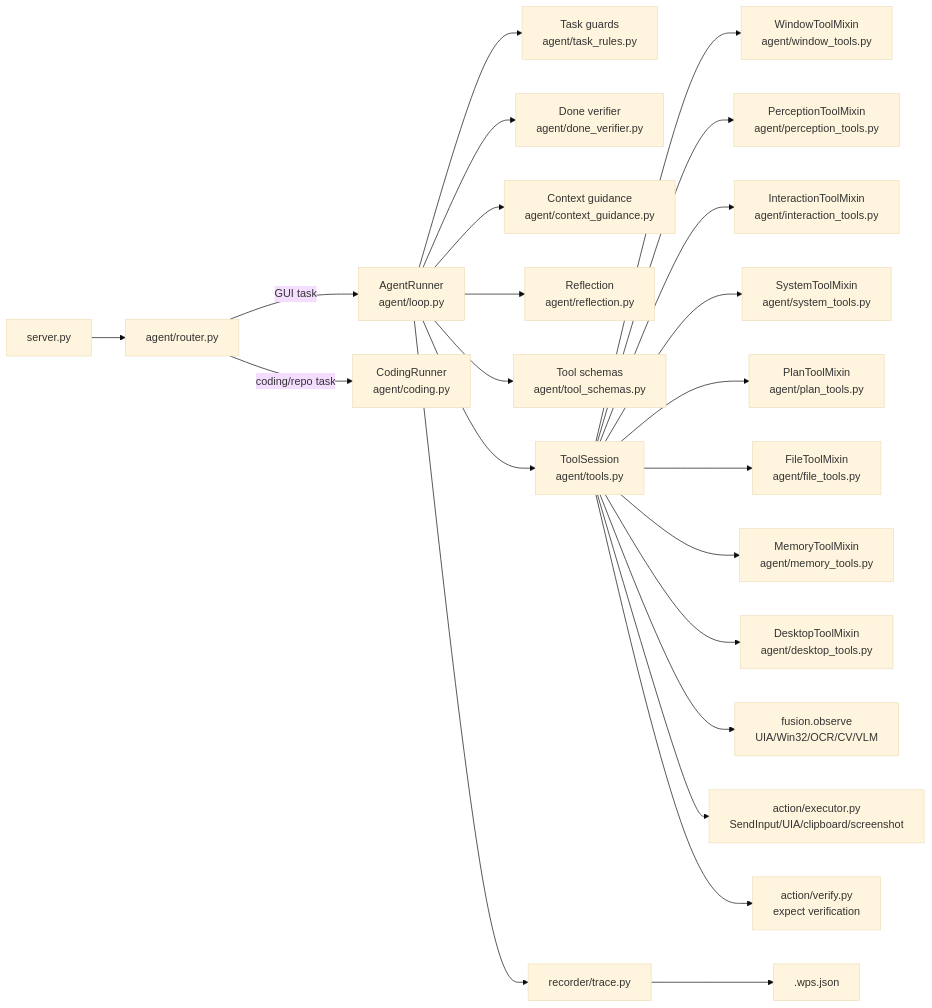
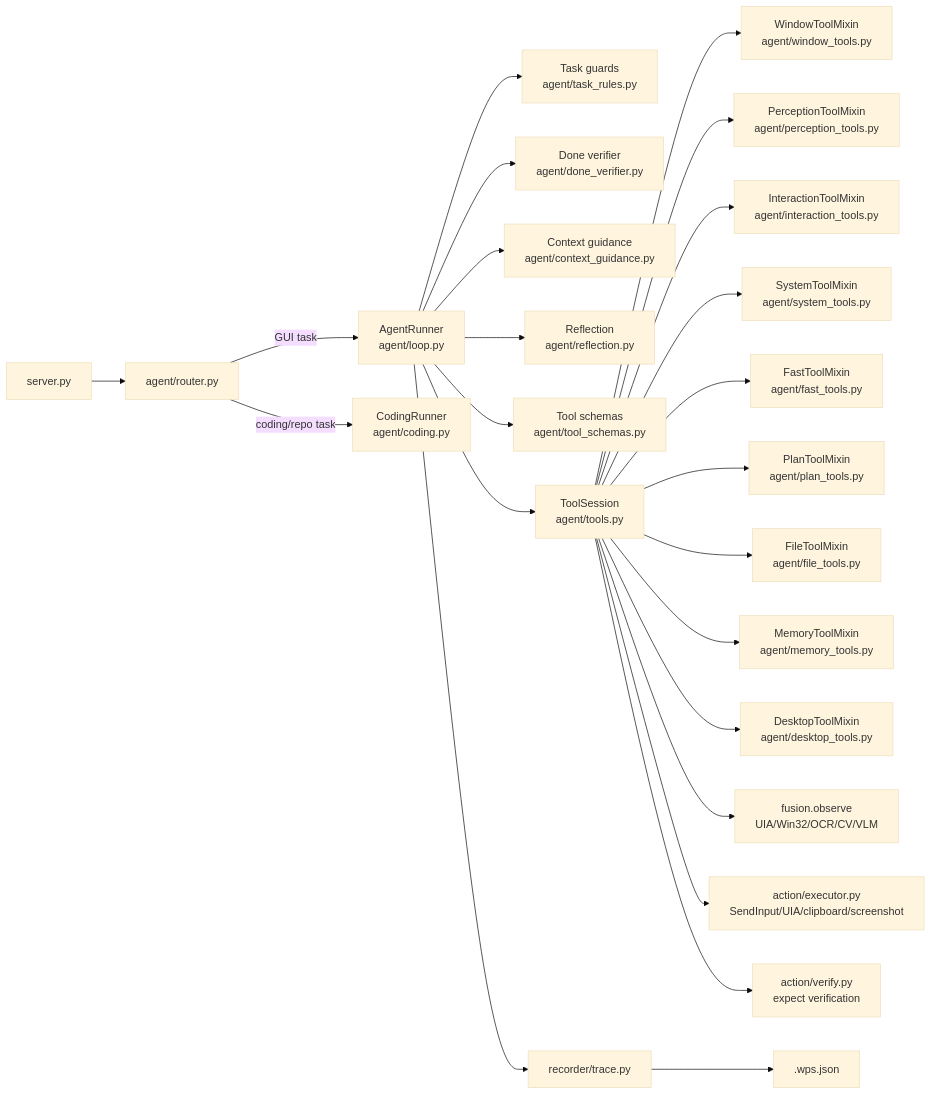
One commit to zoujiapeng/lingdong-script changed the second of 3 diagrams in docs/architecture.md. Above: the diagram before and after it, drawn with Mermaid (base theme). The commit also changed other lines of this file and 7 other files, not shown here.

````diff
--- a/docs/architecture.md
+++ b/docs/architecture.md
@@ -40,25 +40,26 @@
 ```mermaid
 flowchart LR
     server["server.py"] --> router["agent/router.py"]
     router -->|"GUI task"| loop["AgentRunner<br/>agent/loop.py"]
     router -->|"coding/repo task"| coding["CodingRunner<br/>agent/coding.py"]
     loop --> rules["Task guards<br/>agent/task_rules.py"]
     loop --> donev["Done verifier<br/>agent/done_verifier.py"]
     loop --> context["Context guidance<br/>agent/context_guidance.py"]
     loop --> reflect["Reflection<br/>agent/reflection.py"]
     loop --> schemas["Tool schemas<br/>agent/tool_schemas.py"]
     loop --> tools["ToolSession<br/>agent/tools.py"]
     tools --> windowtools["WindowToolMixin<br/>agent/window_tools.py"]
     tools --> perceptiontools["PerceptionToolMixin<br/>agent/perception_tools.py"]
     tools --> interactiontools["InteractionToolMixin<br/>agent/interaction_tools.py"]
     tools --> systemtools["SystemToolMixin<br/>agent/system_tools.py"]
+    tools --> fasttools["FastToolMixin<br/>agent/fast_tools.py"]
     tools --> plantools["PlanToolMixin<br/>agent/plan_tools.py"]
     tools --> filetools["FileToolMixin<br/>agent/file_tools.py"]
     tools --> memorytools["MemoryToolMixin<br/>agent/memory_tools.py"]
     tools --> desktoptools["DesktopToolMixin<br/>agent/desktop_tools.py"]
     tools --> fusion["fusion.observe<br/>UIA/Win32/OCR/CV/VLM"]
     tools --> action["action/executor.py<br/>SendInput/UIA/clipboard/screenshot"]
     tools --> verify["action/verify.py<br/>expect verification"]
     loop --> recorder["recorder/trace.py"]
     recorder --> wps[".wps.json"]
 ```
````
